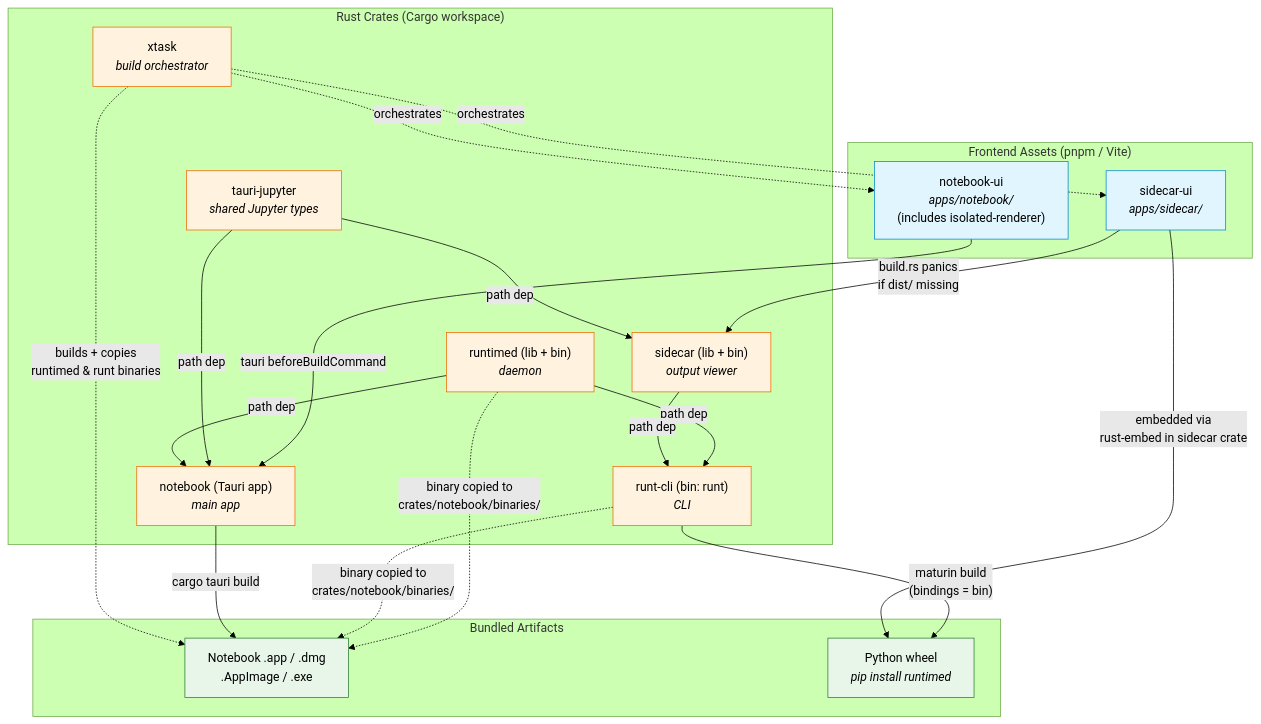
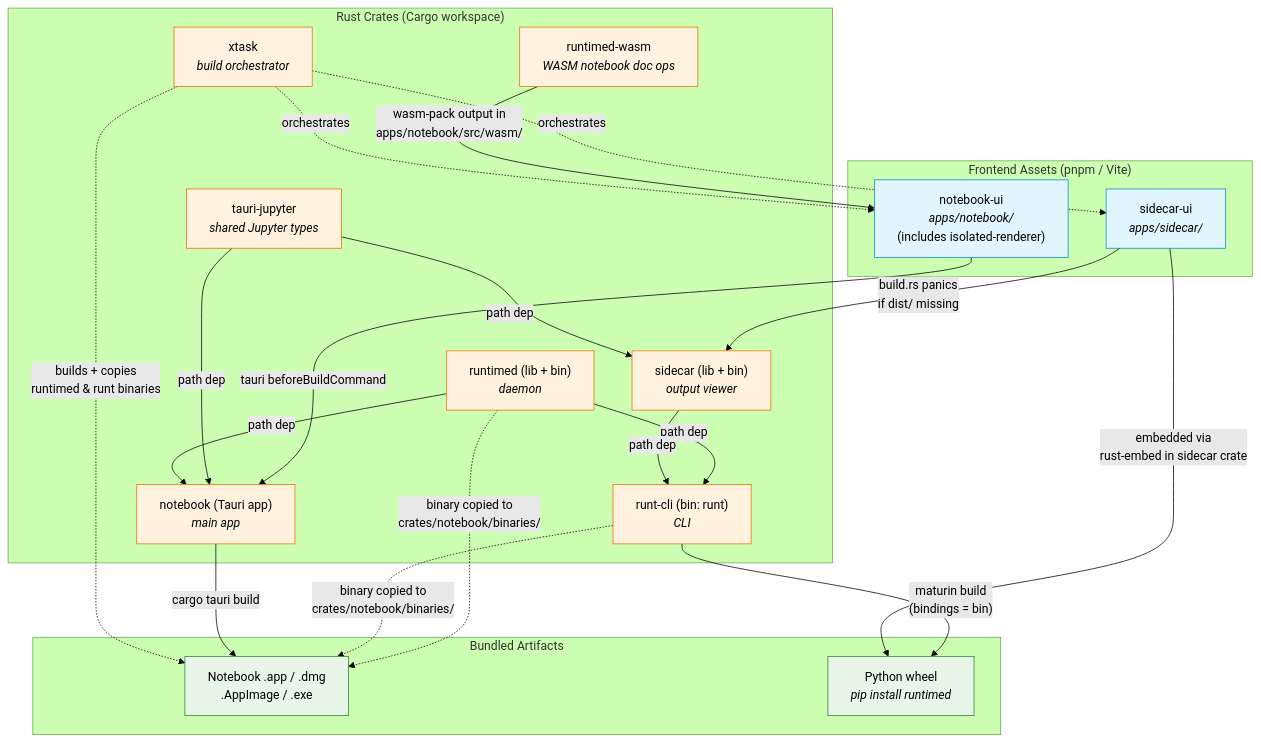
Before and after one commit to nteract/desktop: the first of 3 diagrams in contributing/build-dependencies.md, drawn with Mermaid (forest theme). The commit also changed other lines of this file and 11 other files, not shown here.

First line of the commit message:
docs: post-migration audit — update all docs for local-first Automerge architecture

````diff
--- a/contributing/build-dependencies.md
+++ b/contributing/build-dependencies.md
@@ -15,54 +15,56 @@
 ```mermaid
 graph TD
     subgraph "Frontend Assets (pnpm / Vite)"
         SUI["sidecar-ui<br/><i>apps/sidecar/</i>"]
         NUI["notebook-ui<br/><i>apps/notebook/</i><br/>(includes isolated-renderer)"]
     end
 
     subgraph "Rust Crates (Cargo workspace)"
         TJ["tauri-jupyter<br/><i>shared Jupyter types</i>"]
         RD["runtimed (lib + bin)<br/><i>daemon</i>"]
         SC["sidecar (lib + bin)<br/><i>output viewer</i>"]
         RC["runt-cli (bin: runt)<br/><i>CLI</i>"]
         NB["notebook (Tauri app)<br/><i>main app</i>"]
         XT["xtask<br/><i>build orchestrator</i>"]
+        RWASM["runtimed-wasm<br/><i>WASM notebook doc ops</i>"]
     end
 
     subgraph "Bundled Artifacts"
         APP["Notebook .app / .dmg<br/>.AppImage / .exe"]
         PY["Python wheel<br/><i>pip install runtimed</i>"]
     end
 
     %% Frontend → Rust compile-time dependencies
     SUI -->|"build.rs panics<br/>if dist/ missing"| SC
     NUI -->|"tauri beforeBuildCommand"| NB
+    RWASM -->|"wasm-pack output in<br/>apps/notebook/src/wasm/"| NUI
 
     %% Rust crate dependencies (path deps in Cargo.toml)
     TJ -->|"path dep"| SC
     TJ -->|"path dep"| NB
     RD -->|"path dep"| NB
     RD -->|"path dep"| RC
     SC -->|"path dep"| RC
 
     %% External binary bundling (not a Cargo dep — a Tauri bundle dep)
     RD -.->|"binary copied to<br/>crates/notebook/binaries/"| APP
     RC -.->|"binary copied to<br/>crates/notebook/binaries/"| APP
     NB -->|"cargo tauri build"| APP
 
     %% Python package
     RC -->|"maturin build<br/>(bindings = bin)"| PY
     SUI -->|"embedded via<br/>rust-embed in sidecar crate"| PY
 
     %% xtask orchestrates everything
     XT -.->|"orchestrates"| SUI
     XT -.->|"orchestrates"| NUI
     XT -.->|"builds + copies<br/>runtimed & runt binaries"| APP
 
     classDef frontend fill:#e1f5fe,stroke:#0288d1
     classDef rust fill:#fff3e0,stroke:#ef6c00
     classDef artifact fill:#e8f5e9,stroke:#2e7d32
 
     class SUI,NUI frontend
-    class TJ,RD,SC,RC,NB,XT rust
+    class TJ,RD,SC,RC,NB,XT,RWASM rust
     class APP,PY artifact
 ```
````
